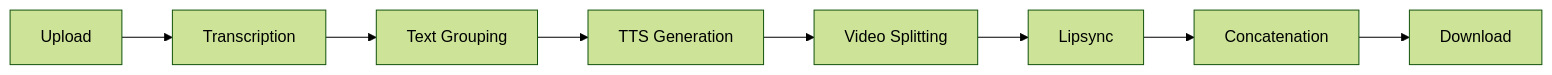
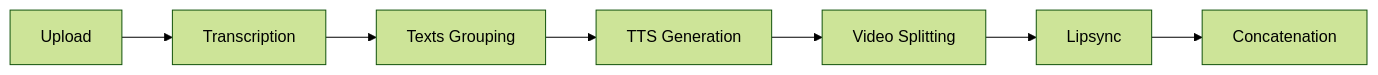
One commit to jojiku/Vocalsync changed the diagram in README.md. Above: the diagram before and after it, drawn with Mermaid (forest theme). The commit also changed other lines of this file, not shown here.

````diff
--- a/README.md
+++ b/README.md
@@ -102,10 +108,9 @@
 ```mermaid
 graph LR
     A[Upload] --> B[Transcription]
-    B --> C[Text Grouping]
+    B --> C[Texts Grouping]
     C --> D[TTS Generation]
     D --> E[Video Splitting]
     E --> F[Lipsync]
     F --> G[Concatenation]
-    G --> H[Download]
 ```
````
